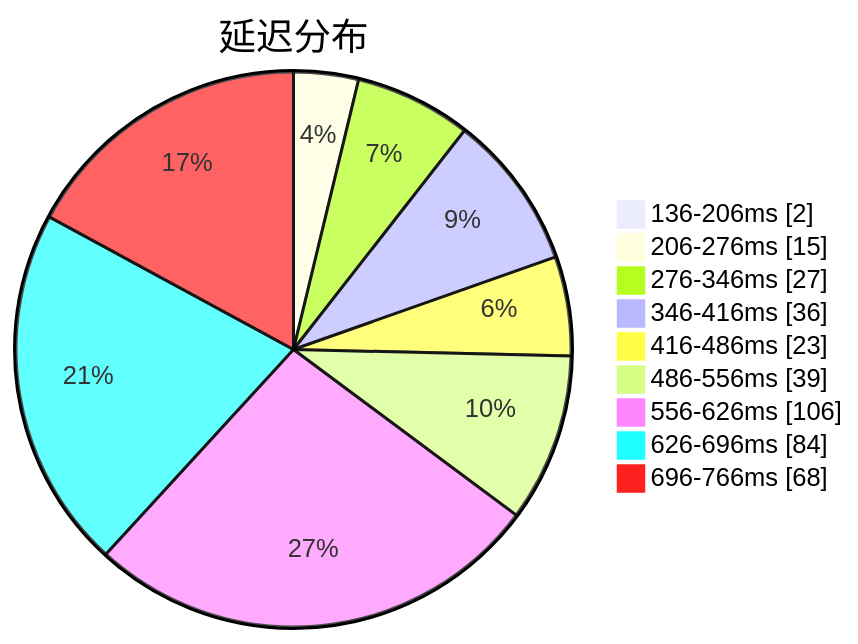
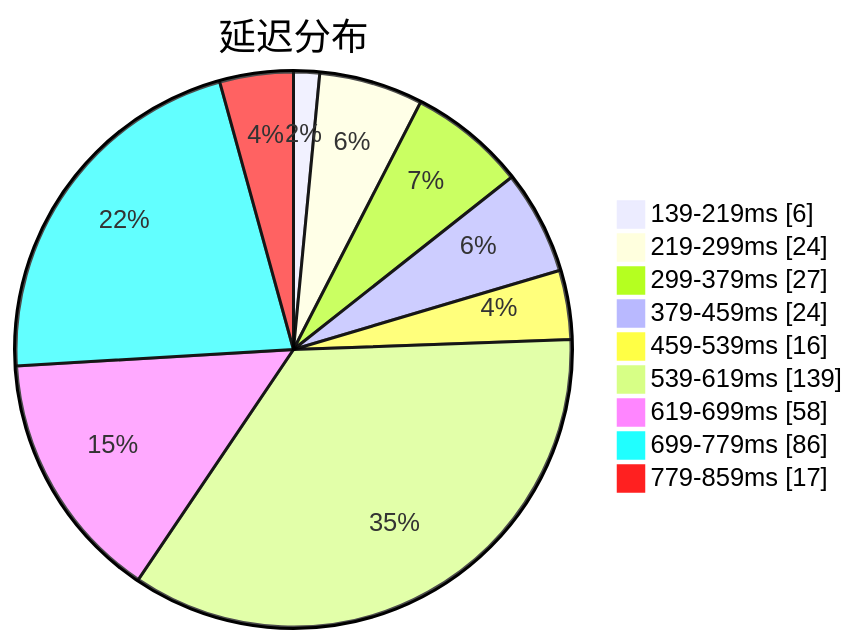
One commit to qjlxg/airport changed the first of 3 diagrams in subs/statistics/tested_within.md. Above: the diagram before and after it, drawn with Mermaid. The commit also changed other lines of this file and 2 other files, not shown here.

Commit message:
Tested by metaST

````diff
--- a/subs/statistics/tested_within.md
+++ b/subs/statistics/tested_within.md
@@ -2,13 +2,13 @@
 ```mermaid
 pie showData
 title 延迟分布
-"136-206ms" : 2
-"206-276ms" : 15
-"276-346ms" : 27
-"346-416ms" : 36
-"416-486ms" : 23
-"486-556ms" : 39
-"556-626ms" : 106
-"626-696ms" : 84
-"696-766ms" : 68
+"139-219ms" : 6
+"219-299ms" : 24
+"299-379ms" : 27
+"379-459ms" : 24
+"459-539ms" : 16
+"539-619ms" : 139
+"619-699ms" : 58
+"699-779ms" : 86
+"779-859ms" : 17
 ```
````
